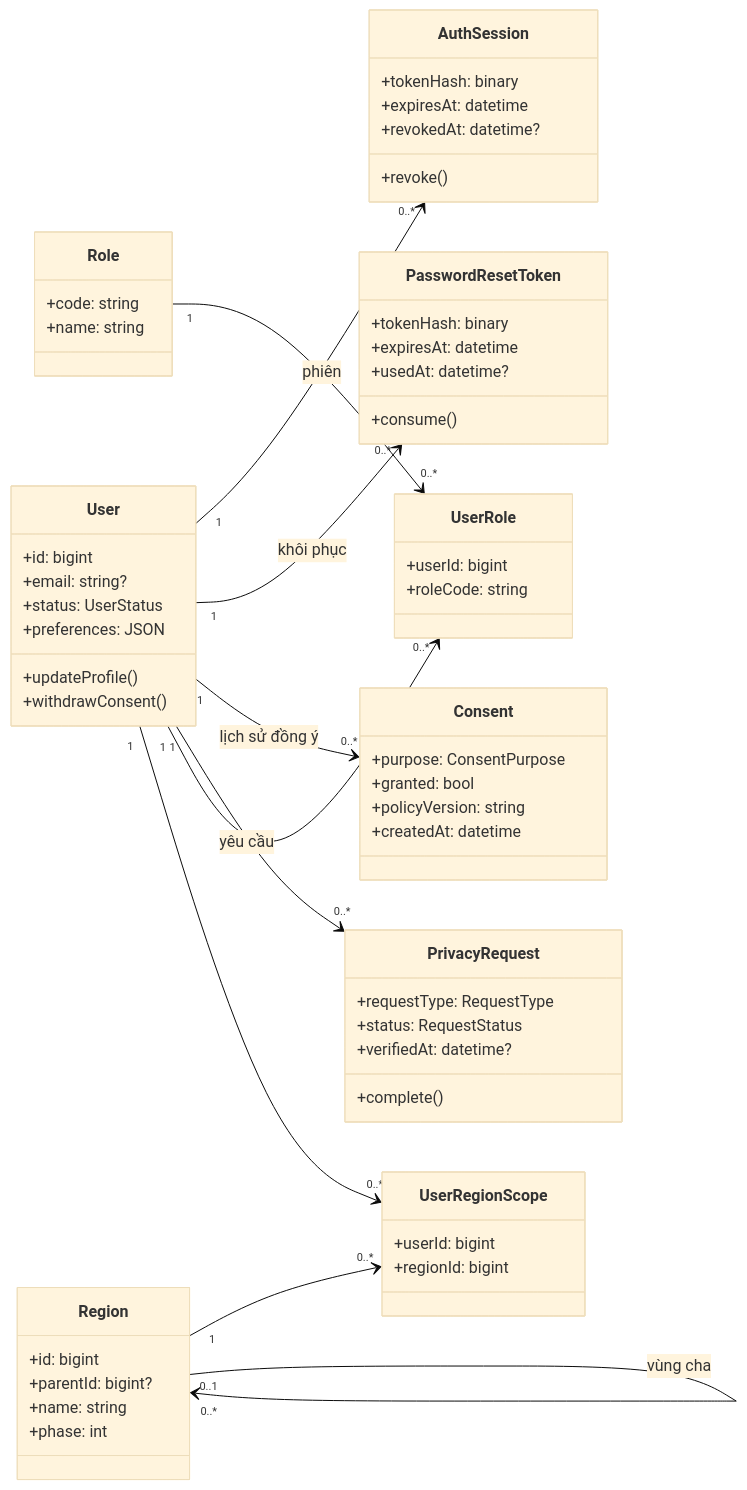
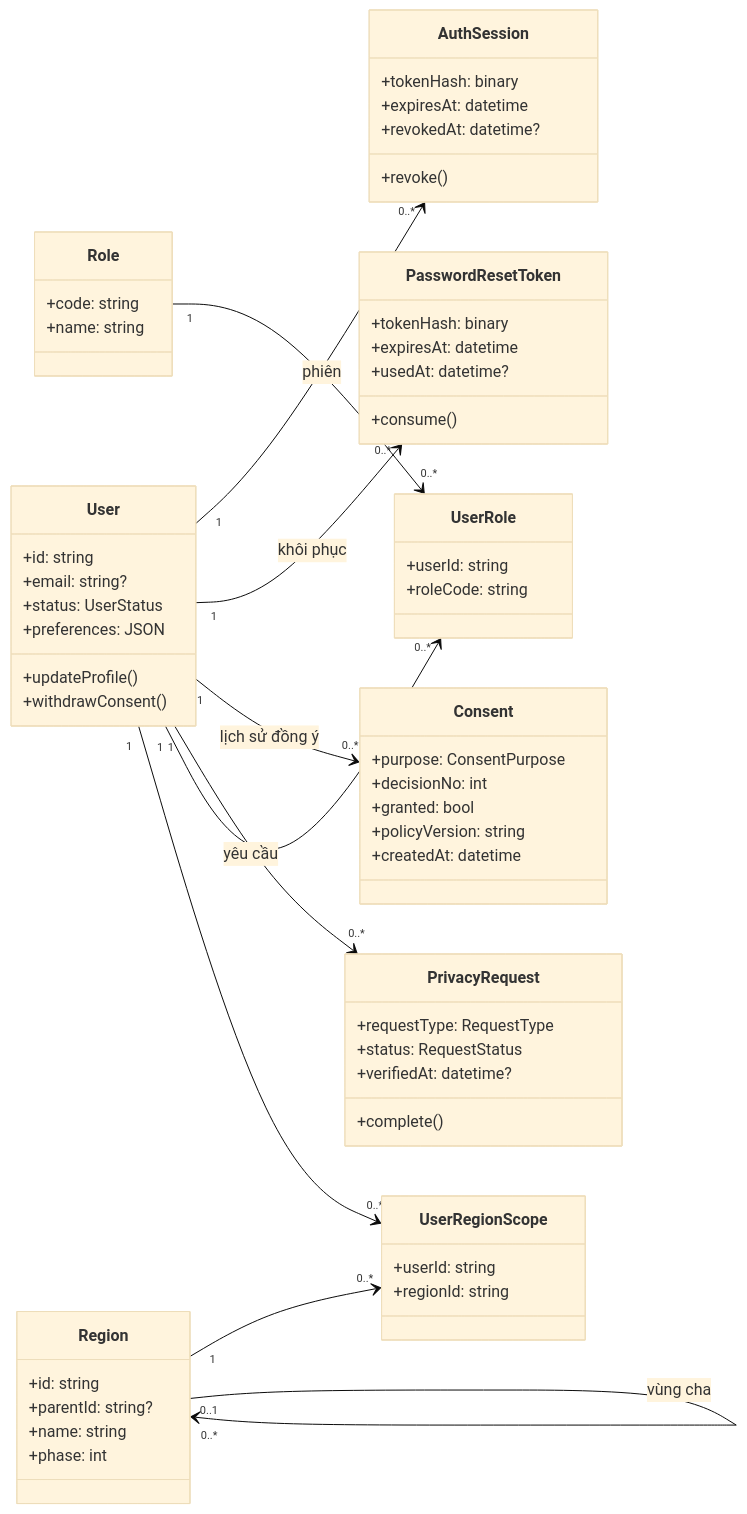
Before and after one commit to YangKlee/GiaLai-Travel: the second of 7 diagrams in docs/srs/07-class-diagram.md, drawn with Mermaid (base theme). The commit also changed other lines of this file and 4 other files, not shown here.

````diff
--- a/docs/srs/07-class-diagram.md
+++ b/docs/srs/07-class-diagram.md
@@ -55,63 +57,64 @@
 ```mermaid
 classDiagram
 direction LR
 class User {
-    +id: bigint
+    +id: string
     +email: string?
     +status: UserStatus
     +preferences: JSON
     +updateProfile()
     +withdrawConsent()
 }
 class Role {
     +code: string
     +name: string
 }
 class UserRole {
-    +userId: bigint
+    +userId: string
     +roleCode: string
 }
 class Region {
-    +id: bigint
-    +parentId: bigint?
+    +id: string
+    +parentId: string?
     +name: string
     +phase: int
 }
 class UserRegionScope {
-    +userId: bigint
-    +regionId: bigint
+    +userId: string
+    +regionId: string
 }
 class AuthSession {
     +tokenHash: binary
     +expiresAt: datetime
     +revokedAt: datetime?
     +revoke()
 }
 class PasswordResetToken {
     +tokenHash: binary
     +expiresAt: datetime
     +usedAt: datetime?
     +consume()
 }
 class Consent {
     +purpose: ConsentPurpose
+    +decisionNo: int
     +granted: bool
     +policyVersion: string
     +createdAt: datetime
 }
 class PrivacyRequest {
     +requestType: RequestType
     +status: RequestStatus
     +verifiedAt: datetime?
     +complete()
 }
 User "1" --> "0..*" AuthSession : phiên
 User "1" --> "0..*" PasswordResetToken : khôi phục
 User "1" --> "0..*" Consent : lịch sử đồng ý
 User "1" --> "0..*" PrivacyRequest : yêu cầu
 User "1" --> "0..*" UserRole
 Role "1" --> "0..*" UserRole
 User "1" --> "0..*" UserRegionScope
 Region "1" --> "0..*" UserRegionScope
 Region "0..1" --> "0..*" Region : vùng cha
 ```
````
